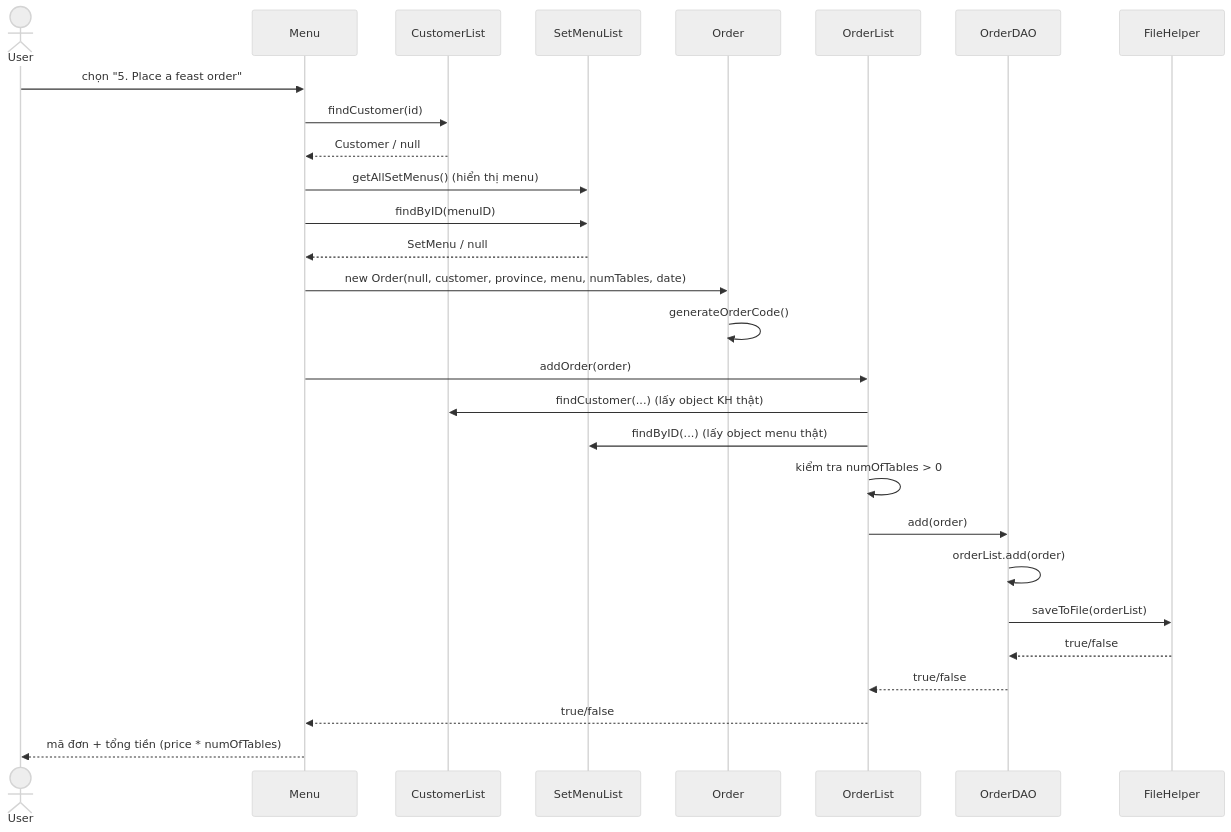
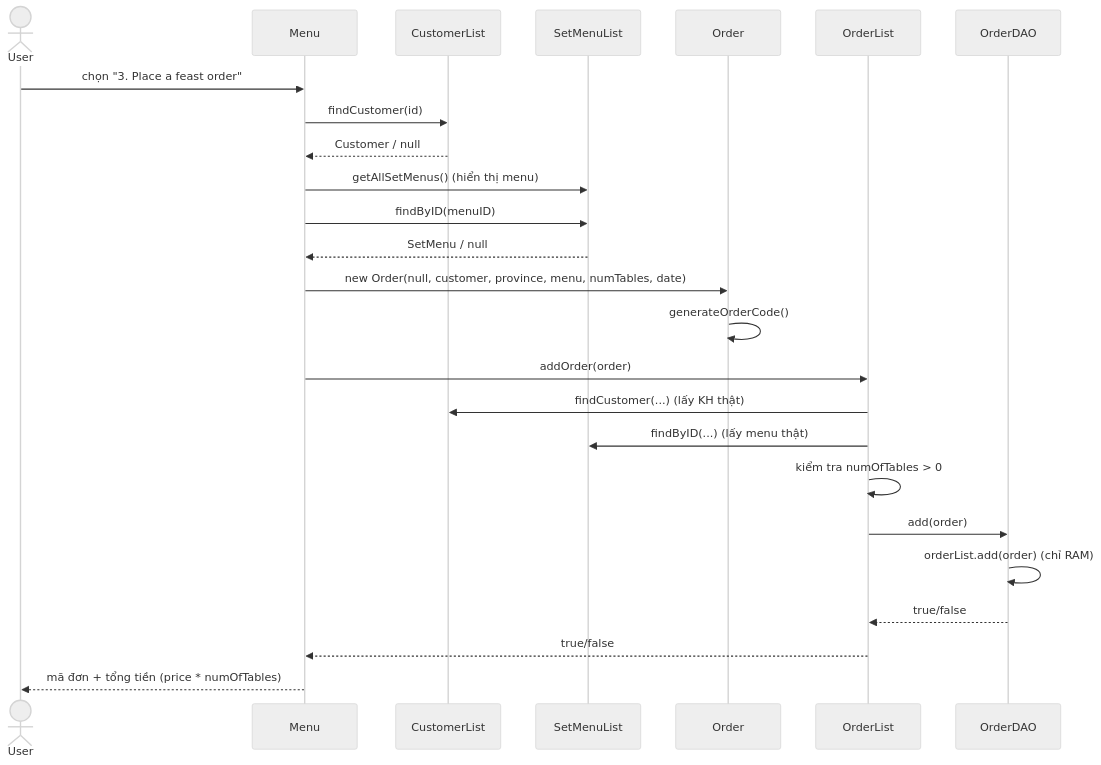
Before and after one commit to anhkhoa1101/TRADITIONAL-FEAST-ORDER-MANAGEMENT: the second of 3 diagrams in README.md, drawn with Mermaid (neutral theme). The commit also changed other lines of this file and 13 other files, not shown here.

````diff
--- a/README.md
+++ b/README.md
@@ -234,31 +274,28 @@
 ```mermaid
 sequenceDiagram
     actor User
     participant Menu
     participant CustomerList
     participant SetMenuList
     participant Order
     participant OrderList
     participant OrderDAO
-    participant FileHelper
 
-    User->>Menu: chọn "5. Place a feast order"
+    User->>Menu: chọn "3. Place a feast order"
     Menu->>CustomerList: findCustomer(id)
     CustomerList-->>Menu: Customer / null
     Menu->>SetMenuList: getAllSetMenus() (hiển thị menu)
     Menu->>SetMenuList: findByID(menuID)
     SetMenuList-->>Menu: SetMenu / null
     Menu->>Order: new Order(null, customer, province, menu, numTables, date)
     Order->>Order: generateOrderCode()
     Menu->>OrderList: addOrder(order)
-    OrderList->>CustomerList: findCustomer(...) (lấy object KH thật)
-    OrderList->>SetMenuList: findByID(...) (lấy object menu thật)
+    OrderList->>CustomerList: findCustomer(...) (lấy KH thật)
+    OrderList->>SetMenuList: findByID(...) (lấy menu thật)
     OrderList->>OrderList: kiểm tra numOfTables > 0
     OrderList->>OrderDAO: add(order)
-    OrderDAO->>OrderDAO: orderList.add(order)
-    OrderDAO->>FileHelper: saveToFile(orderList)
-    FileHelper-->>OrderDAO: true/false
+    OrderDAO->>OrderDAO: orderList.add(order)  (chỉ RAM)
     OrderDAO-->>OrderList: true/false
     OrderList-->>Menu: true/false
     Menu-->>User: mã đơn + tổng tiền (price * numOfTables)
 ```
````
